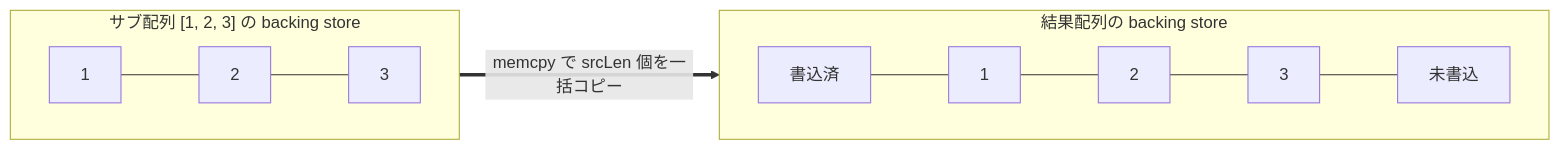
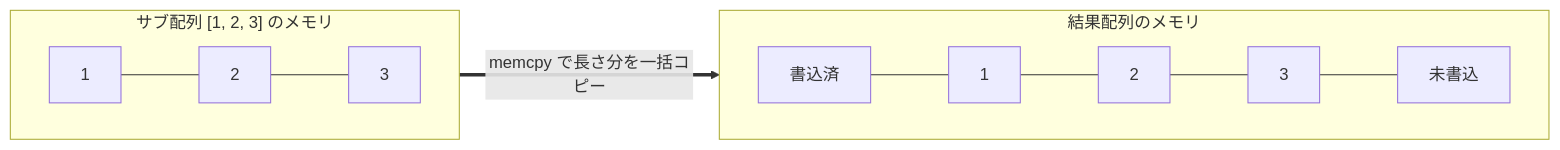
The second of 7 diagrams in articles/e12fbacc8e761c.md (riya-amemiya/amemiya_riya_zenn_data), drawn with Mermaid before and after one commit. The commit also changed other lines of this file, not shown here.

````diff
--- a/articles/e12fbacc8e761c.md
+++ b/articles/e12fbacc8e761c.md
@@ -147,14 +127,14 @@
 ```mermaid
 flowchart LR
-    subgraph src ["サブ配列 [1, 2, 3] の backing store"]
+    subgraph src ["サブ配列 [1, 2, 3] のメモリ"]
         direction LR
         S0["1"] --- S1["2"] --- S2["3"]
     end
 
-    subgraph dst ["結果配列の backing store"]
+    subgraph dst ["結果配列のメモリ"]
         direction LR
         D0["書込済"] --- D1["1"] --- D2["2"] --- D3["3"] --- D4["未書込"]
     end
 
-    src ==>|memcpy で srcLen 個を一括コピー| dst
+    src ==>|memcpy で長さ分を一括コピー| dst
 ```
````
